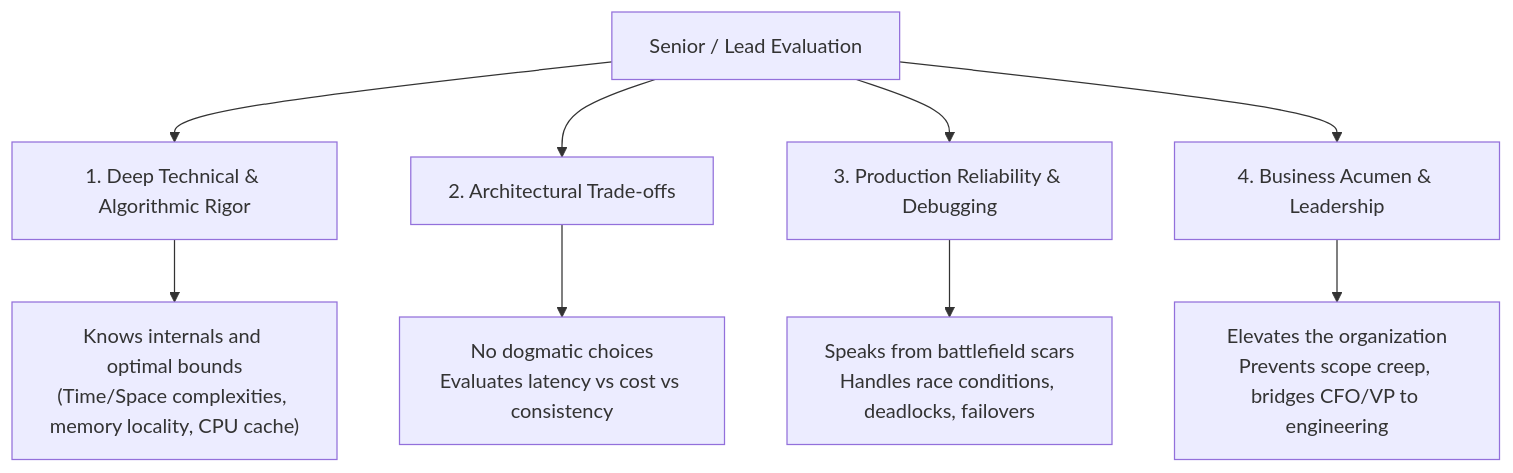
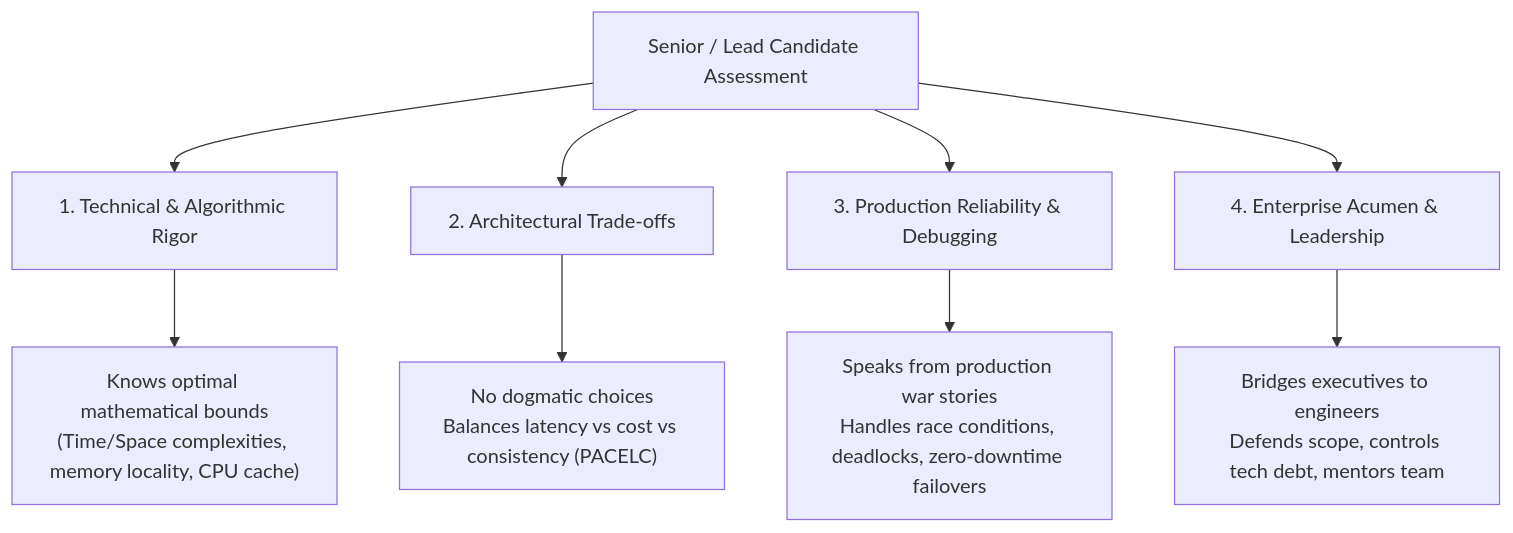
Before and after one commit to rinkoo-kumar/Interview-Material: the eighth of 8 diagrams in README.md, drawn with Mermaid. The commit also changed other lines of this file and 67 other files, not shown here.

Commit message:
feat: add comprehensive folder-by-folder visual roadmaps and sequential pagination across all 63 chapters

````diff
--- a/README.md
+++ b/README.md
@@ -140,12 +270,12 @@
 ```mermaid
 graph TD
-    A[Senior / Lead Evaluation] --> B[1. Deep Technical & Algorithmic Rigor]
-    A --> C[2. Architectural Trade-offs]
-    A --> D[3. Production Reliability & Debugging]
-    A --> E[4. Business Acumen & Leadership]
+    A["Senior / Lead Candidate Assessment"] --> B["1. Technical & Algorithmic Rigor"]
+    A --> C["2. Architectural Trade-offs"]
+    A --> D["3. Production Reliability & Debugging"]
+    A --> E["4. Enterprise Acumen & Leadership"]
 
-    B --> B1["Knows internals and optimal bounds<br/>(Time/Space complexities, memory locality, CPU cache)"]
-    C --> C1["No dogmatic choices<br/>Evaluates latency vs cost vs consistency"]
-    D --> D1["Speaks from battlefield scars<br/>Handles race conditions, deadlocks, failovers"]
-    E --> E1["Elevates the organization<br/>Prevents scope creep, bridges CFO/VP to engineering"]
+    B --> B1["Knows optimal mathematical bounds<br/>(Time/Space complexities, memory locality, CPU cache)"]
+    C --> C1["No dogmatic choices<br/>Balances latency vs cost vs consistency (PACELC)"]
+    D --> D1["Speaks from production war stories<br/>Handles race conditions, deadlocks, zero-downtime failovers"]
+    E --> E1["Bridges executives to engineers<br/>Defends scope, controls tech debt, mentors team"]
 ```
````
